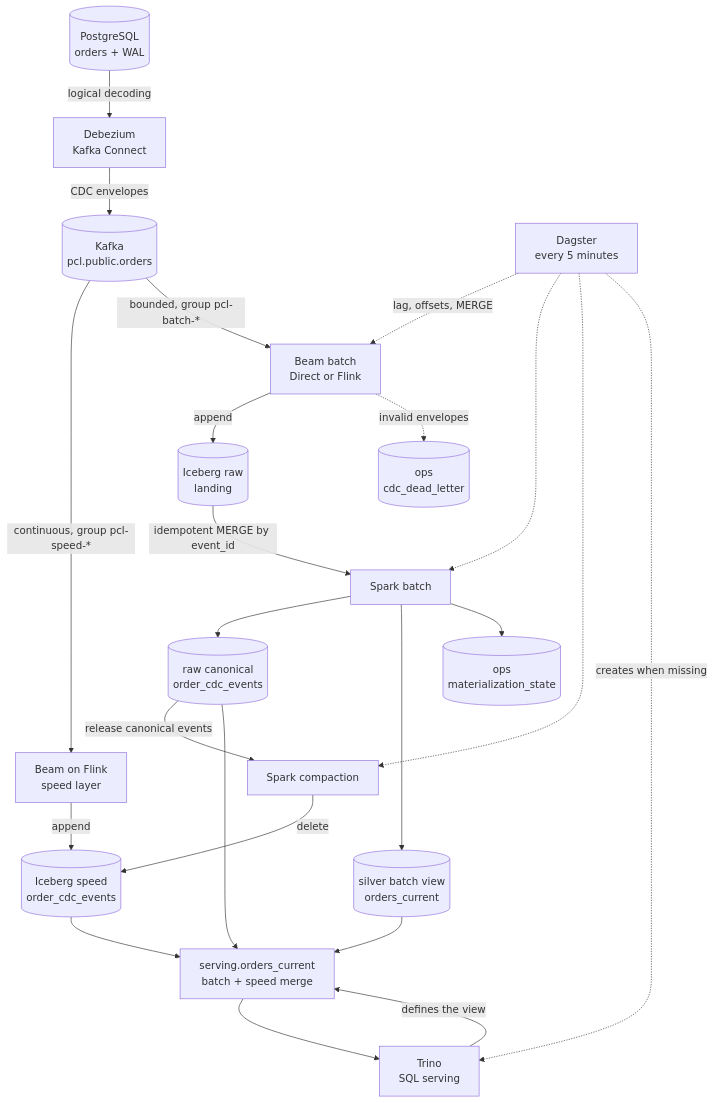
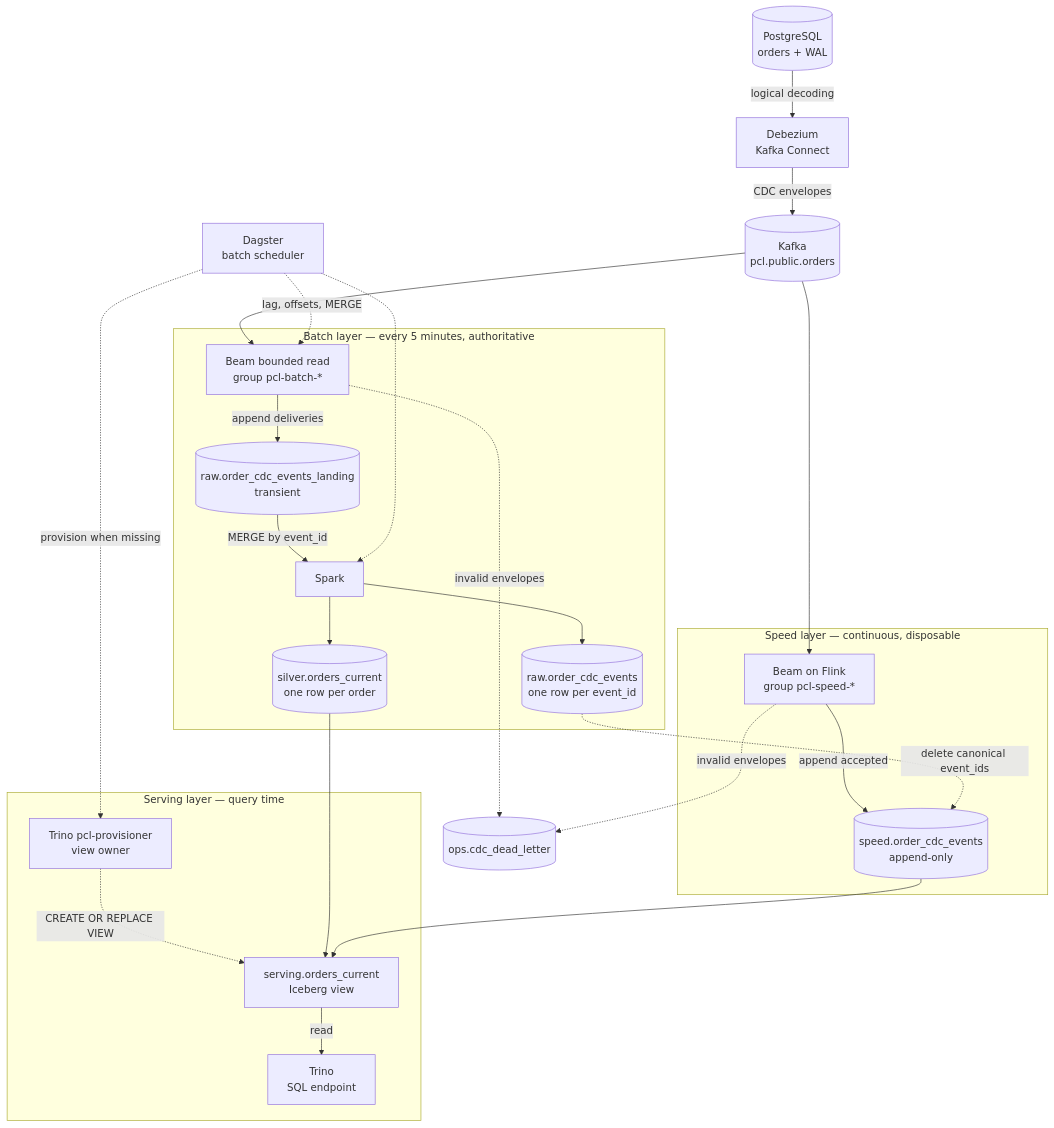
The first of 2 diagrams in README.md (sergio11/portable_cdc_lakehouse_poc), drawn with Mermaid before and after one commit. The commit also changed other lines of this file, not shown here.

Commit message:
docs(readme): rewrite the lambda architecture section

````diff
--- a/README.md
+++ b/README.md
@@ -84,31 +80,45 @@
 ```mermaid
 flowchart TD
     PG[(PostgreSQL<br/>orders + WAL)] -->|logical decoding| DBZ[Debezium<br/>Kafka Connect]
     DBZ -->|CDC envelopes| K[(Kafka<br/>pcl.public.orders)]
 
-    K -->|continuous, group pcl-speed-*| SPEED[Beam on Flink<br/>speed layer]
-    K -->|bounded, group pcl-batch-*| BATCH[Beam batch<br/>Direct or Flink]
+    subgraph SPEED["Speed layer — continuous, disposable"]
+        SF[Beam on Flink<br/>group pcl-speed-*]
+        ST[(speed.order_cdc_events<br/>append-only)]
+        SF -->|append accepted| ST
+    end
 
-    SPEED -->|append| SPEEDT[(Iceberg speed<br/>order_cdc_events)]
-    BATCH -->|append| LANDING[(Iceberg raw<br/>landing)]
-    BATCH -.->|invalid envelopes| DLQ[(ops<br/>cdc_dead_letter)]
+    subgraph BATCH["Batch layer — every 5 minutes, authoritative"]
+        BB[Beam bounded read<br/>group pcl-batch-*]
+        LAND[(raw.order_cdc_events_landing<br/>transient)]
+        SPK[Spark]
+        RAW[(raw.order_cdc_events<br/>one row per event_id)]
+        SILVER[(silver.orders_current<br/>one row per order)]
+        BB -->|append deliveries| LAND
+        LAND -->|MERGE by event_id| SPK
+        SPK --> RAW
+        SPK --> SILVER
+    end
 
-    LANDING -->|idempotent MERGE by event_id| SPARK[Spark batch]
-    SPARK --> RAW[(raw canonical<br/>order_cdc_events)]
-    SPARK --> SILVER[(silver batch view<br/>orders_current)]
-    SPARK --> STATE[(ops<br/>materialization_state)]
+    subgraph SERVING["Serving layer — query time"]
+        VIEW[serving.orders_current<br/>Iceberg view]
+        TRINO[Trino<br/>SQL endpoint]
+        PROV[Trino pcl-provisioner<br/>view owner]
+        VIEW -->|read| TRINO
+        PROV -.->|CREATE OR REPLACE VIEW| VIEW
+    end
 
-    RAW -->|release canonical events| COMPACT[Spark compaction]
-    COMPACT -->|delete| SPEEDT
+    K --> SF
+    K --> BB
+    RAW -.->|delete canonical event_ids| ST
+    SILVER --> VIEW
+    ST --> VIEW
 
-    RAW --> VIEW[serving.orders_current<br/>batch + speed merge]
-    SILVER --> VIEW
-    SPEEDT --> VIEW
-    TRINO[Trino<br/>SQL serving] -->|defines the view| VIEW
-    VIEW --> TRINO
+    DLQ[(ops.cdc_dead_letter)]
+    SF -.->|invalid envelopes| DLQ
+    BB -.->|invalid envelopes| DLQ
 
-    DAG[Dagster<br/>every 5 minutes] -.->|lag, offsets, MERGE| BATCH
-    DAG -.-> SPARK
-    DAG -.-> COMPACT
-    DAG -.->|creates when missing| TRINO
+    DAG[Dagster<br/>batch scheduler] -.->|lag, offsets, MERGE| BB
+    DAG -.-> SPK
+    DAG -.->|provision when missing| PROV
 ```
````
